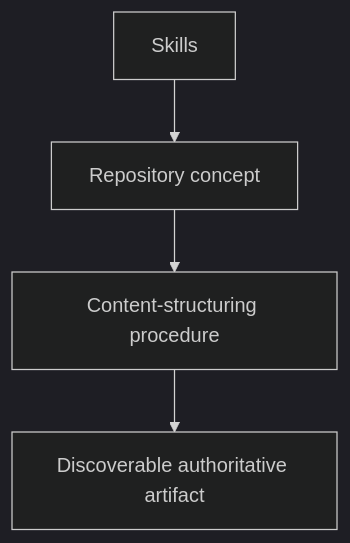
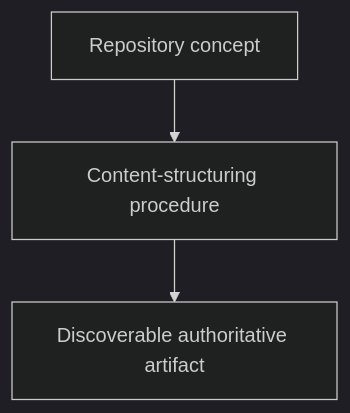
One commit to abstract-business-systems/as-is changed the diagram in skills/structuring-content/as-is.md. Above: the diagram before and after it, drawn with Mermaid (dark theme). The commit also changed other lines of this file and 51 other files, not shown here.

Commit message:
docs(as-is): improve hierarchical architecture documentation

````diff
--- a/skills/structuring-content/as-is.md
+++ b/skills/structuring-content/as-is.md
@@ -19,7 +19,5 @@
 ```mermaid
 flowchart TD
-    Parent["Skills"] --> A["Repository concept"] --> B["Content-structuring procedure"]
+    A["Repository concept"] --> B["Content-structuring procedure"]
     B --> C["Discoverable authoritative artifact"]
-
-    click Parent href "../as-is.md#design" "Open Skills design"
 ```
````
